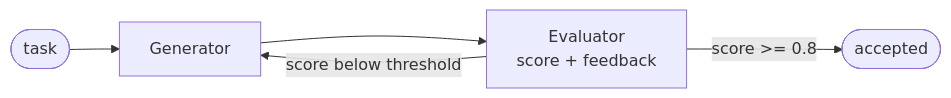
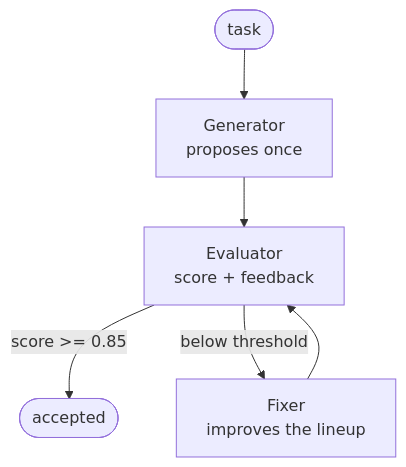
Before and after one commit to xkondix/ai-agents-JAVA-SPRING: the fourth of 5 diagrams in PATTERNS.md, drawn with Mermaid. The commit also changed other lines of this file and 16 other files, not shown here.

````diff
--- a/PATTERNS.md
+++ b/PATTERNS.md
@@ -125,7 +153,8 @@
 ```mermaid
-flowchart LR
-    IN([task]) --> G[Generator]
+flowchart TB
+    IN([task]) --> G[Generator<br/>proposes once]
     G --> E[Evaluator<br/>score + feedback]
-    E -->|score below threshold| G
-    E -->|score >= 0.8| OUT([accepted])
+    E -->|score >= 0.85| OUT([accepted])
+    E -->|below threshold| F[Fixer<br/>improves the lineup]
+    F --> E
 ```
````
